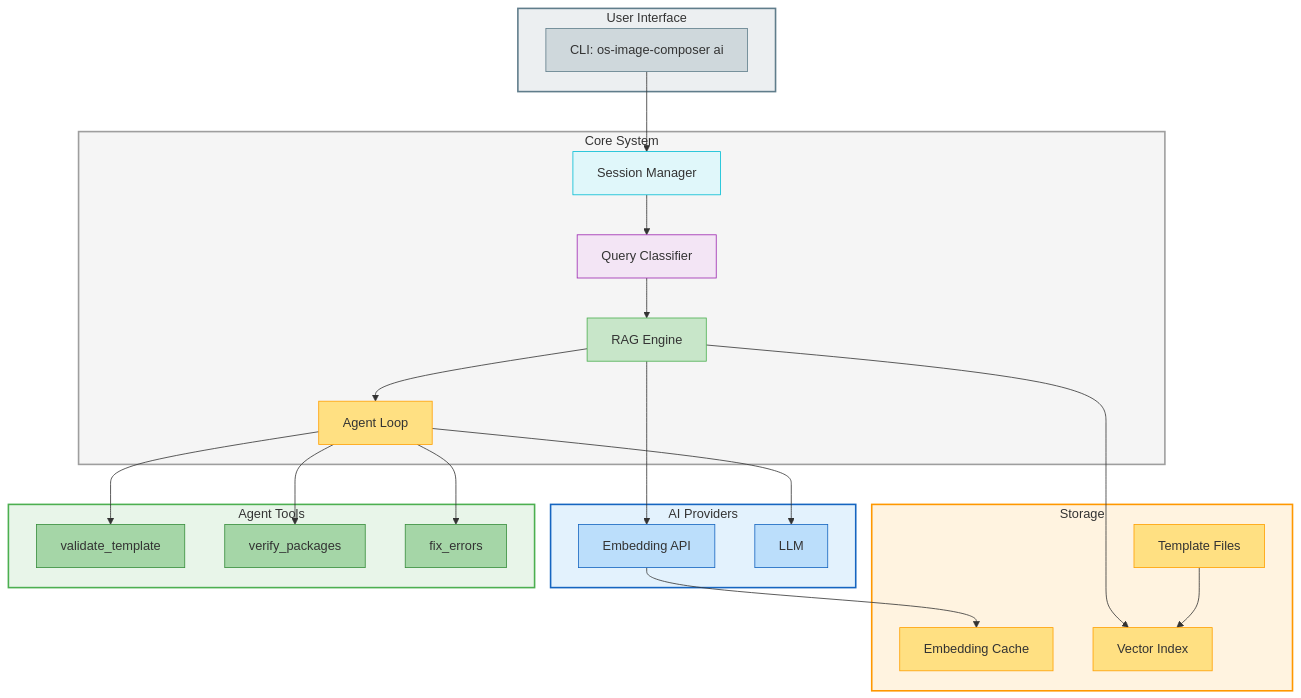
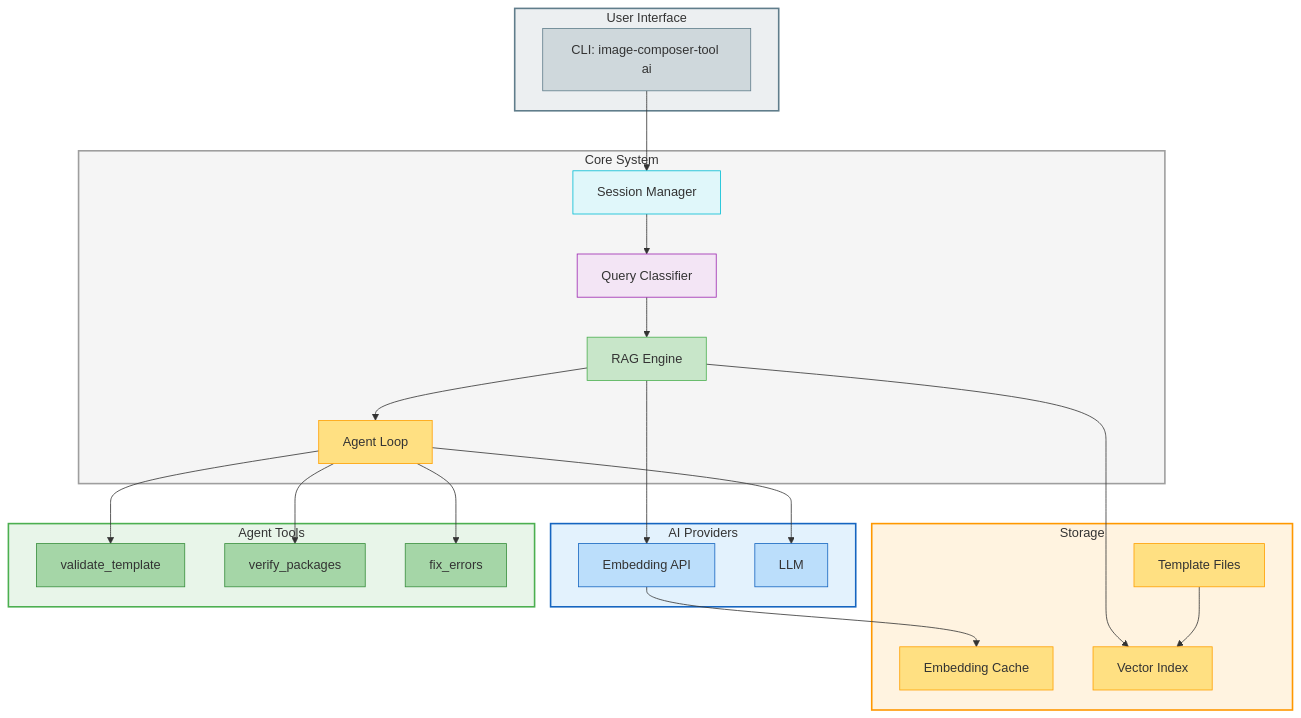
The first of 10 diagrams in docs/architecture/adr-template-enriched-rag.md (open-edge-platform/os-image-composer), drawn with Mermaid before and after one commit. The commit also changed other lines of this file and 218 other files, not shown here.

First line of the commit message:
refactor: rename os-image-composer to ICT across entire codebase (#523)

````diff
--- a/docs/architecture/adr-template-enriched-rag.md
+++ b/docs/architecture/adr-template-enriched-rag.md
@@ -123,63 +123,63 @@
 ```mermaid
 flowchart TB
     subgraph UI["User Interface"]
-        CLI[CLI: os-image-composer ai]
+        CLI[CLI: image-composer-tool ai]
     end
     
     subgraph Core["Core System"]
         SM[Session Manager]
         QC[Query Classifier]
         RAG[RAG Engine]
         AL[Agent Loop]
     end
     
     subgraph AI["AI Providers"]
         EMB[Embedding API]
         LLM[LLM]
     end
     
     subgraph Storage["Storage"]
         TPL[Template Files]
         CACHE[Embedding Cache]
         IDX[Vector Index]
     end
     
     subgraph Tools["Agent Tools"]
         VAL[validate_template]
         VER[verify_packages]
         FIX[fix_errors]
     end
     
     CLI --> SM
     SM --> QC
     QC --> RAG
     RAG --> AL
     AL --> LLM
     RAG --> EMB
     RAG --> IDX
     EMB --> CACHE
     TPL --> IDX
     AL --> VAL
     AL --> VER
     AL --> FIX
 
     style UI fill:#ECEFF1,stroke:#607D8B,stroke-width:2px
     style Core fill:#F5F5F5,stroke:#9E9E9E,stroke-width:2px
     style AI fill:#E3F2FD,stroke:#1565C0,stroke-width:2px
     style Storage fill:#FFF3E0,stroke:#FF9800,stroke-width:2px
     style Tools fill:#E8F5E9,stroke:#4CAF50,stroke-width:2px
     
     style CLI fill:#CFD8DC,stroke:#607D8B
     style SM fill:#E0F7FA,stroke:#00BCD4
     style QC fill:#F3E5F5,stroke:#9C27B0
     style RAG fill:#C8E6C9,stroke:#4CAF50
     style AL fill:#FFE082,stroke:#FFA000
     style EMB fill:#BBDEFB,stroke:#1565C0
     style LLM fill:#BBDEFB,stroke:#1565C0
     style TPL fill:#FFE082,stroke:#FFA000
     style CACHE fill:#FFE082,stroke:#FFA000
     style IDX fill:#FFE082,stroke:#FFA000
     style VAL fill:#A5D6A7,stroke:#388E3C
     style VER fill:#A5D6A7,stroke:#388E3C
     style FIX fill:#A5D6A7,stroke:#388E3C
 ```
````
